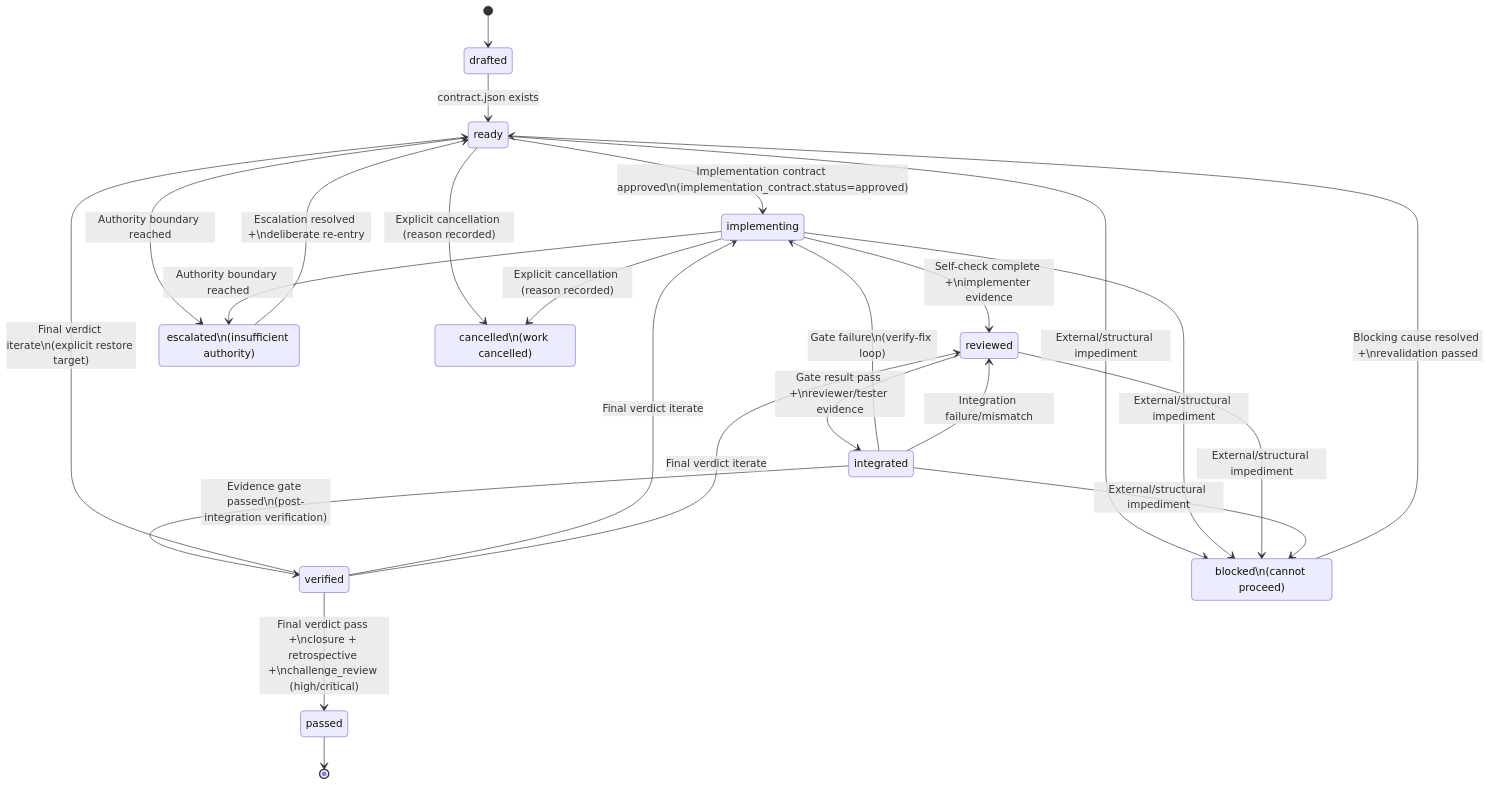
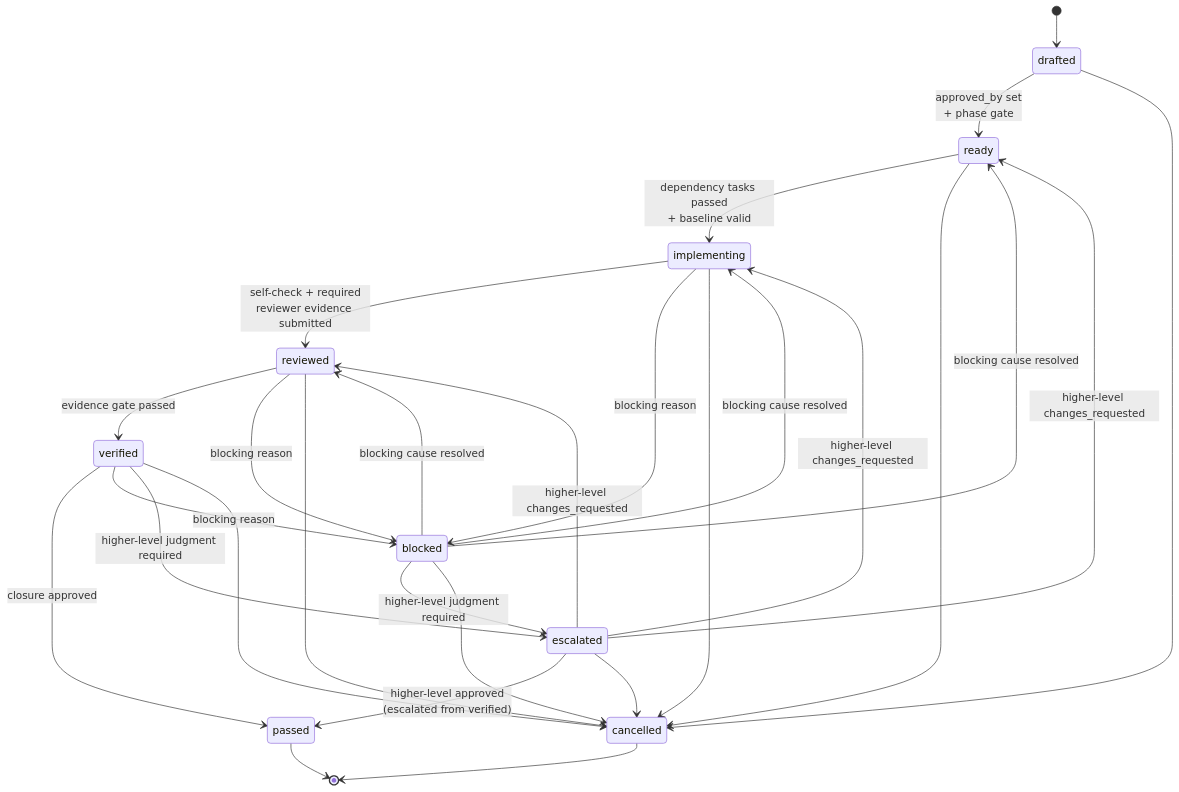
The third of 6 diagrams in docs/DIAGRAMS.md (choam2426/geas), drawn with Mermaid before and after one commit. The commit also changed other lines of this file and 24 other files, not shown here.

Commit message:
docs: sync English architecture and protocol docs

````diff
--- a/docs/DIAGRAMS.md
+++ b/docs/DIAGRAMS.md
@@ -61,44 +92,34 @@
 ```mermaid
 stateDiagram-v2
     [*] --> drafted
+    drafted --> ready: approved_by set<br/>+ phase gate
+    ready --> implementing: dependency tasks passed<br/>+ baseline valid
+    implementing --> reviewed: self-check + required<br/>reviewer evidence submitted
+    reviewed --> verified: evidence gate passed
+    verified --> passed: closure approved
 
-    drafted --> ready : contract.json exists
+    implementing --> blocked: blocking reason
+    reviewed --> blocked: blocking reason
+    verified --> blocked: blocking reason
+    blocked --> ready: blocking cause resolved
+    blocked --> implementing: blocking cause resolved
+    blocked --> reviewed: blocking cause resolved
 
-    ready --> implementing : Implementation contract approved\n(implementation_contract.status=approved)
+    blocked --> escalated: higher-level judgment required
+    verified --> escalated: higher-level judgment required
+    escalated --> passed: higher-level approved<br/>(escalated from verified)
+    escalated --> ready: higher-level changes_requested
+    escalated --> implementing: higher-level changes_requested
+    escalated --> reviewed: higher-level changes_requested
 
-    implementing --> reviewed : Self-check complete +\nimplementer evidence
-
-    reviewed --> integrated : Gate result pass +\nreviewer/tester evidence
-
-    integrated --> verified : Evidence gate passed\n(post-integration verification)
-
-    verified --> passed : Final verdict pass +\nclosure + retrospective +\nchallenge_review (high/critical)
+    drafted --> cancelled
+    ready --> cancelled
+    implementing --> cancelled
+    reviewed --> cancelled
+    verified --> cancelled
+    blocked --> cancelled
+    escalated --> cancelled
 
     passed --> [*]
-
-    %% Rewind paths
-    integrated --> implementing : Gate failure\n(verify-fix loop)
-    integrated --> reviewed : Integration failure/mismatch
-    verified --> ready : Final verdict iterate\n(explicit restore target)
-    verified --> implementing : Final verdict iterate
-    verified --> reviewed : Final verdict iterate
-
-    %% Auxiliary states
-    state "blocked\n(cannot proceed)" as blocked
-    state "escalated\n(insufficient authority)" as escalated
-    state "cancelled\n(work cancelled)" as cancelled
-
-    ready --> blocked : External/structural impediment
-    implementing --> blocked : External/structural impediment
-    reviewed --> blocked : External/structural impediment
-    integrated --> blocked : External/structural impediment
-
-    ready --> escalated : Authority boundary reached
-    implementing --> escalated : Authority boundary reached
-
-    ready --> cancelled : Explicit cancellation (reason recorded)
-    implementing --> cancelled : Explicit cancellation (reason recorded)
-
-    blocked --> ready : Blocking cause resolved +\nrevalidation passed
-    escalated --> ready : Escalation resolved +\ndeliberate re-entry
+    cancelled --> [*]
 ```
````
